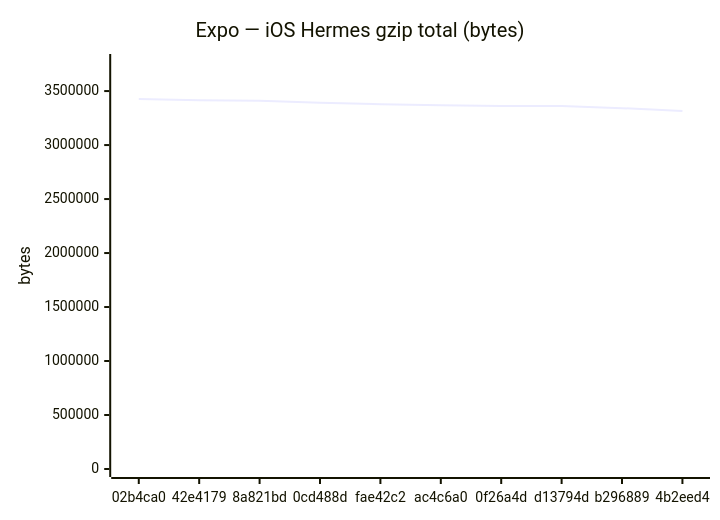
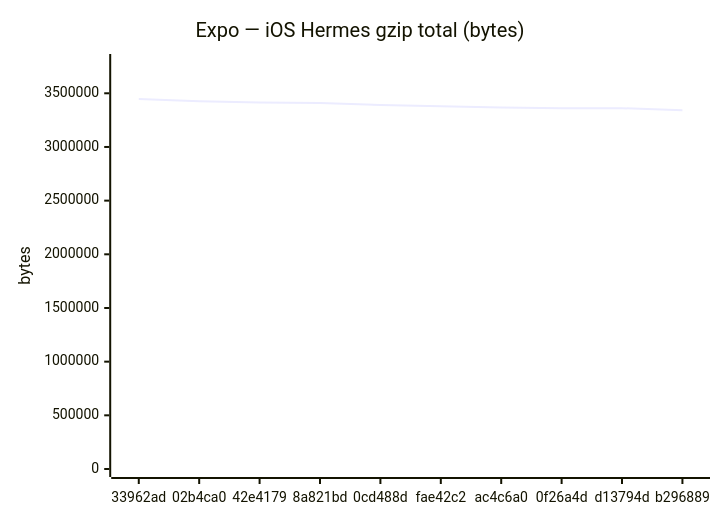
The sixth of 18 diagrams in benchmarks/compare.md (Metaheurist/Rianell), drawn with Mermaid before and after one commit. The commit also changed other lines of this file and 11 other files, not shown here.

````diff
--- a/benchmarks/compare.md
+++ b/benchmarks/compare.md
@@ -96,7 +96,7 @@
 ```mermaid
 xychart-beta
     title "Expo — iOS Hermes gzip total (bytes)"
-    x-axis ["02b4ca0", "42e4179", "8a821bd", "0cd488d", "fae42c2", "ac4c6a0", "0f26a4d", "d13794d", "b296889", "4b2eed4"]
-    y-axis "bytes" 0 --> 3769219
-    line [3426562, 3414256, 3409221, 3391123, 3378280, 3368083, 3360774, 3360776, 3341646, 3316545]
+    x-axis ["33962ad", "02b4ca0", "42e4179", "8a821bd", "0cd488d", "fae42c2", "ac4c6a0", "0f26a4d", "d13794d", "b296889"]
+    y-axis "bytes" 0 --> 3791476
+    line [3446796, 3426562, 3414256, 3409221, 3391123, 3378280, 3368083, 3360774, 3360776, 3341646]
 ```
````
